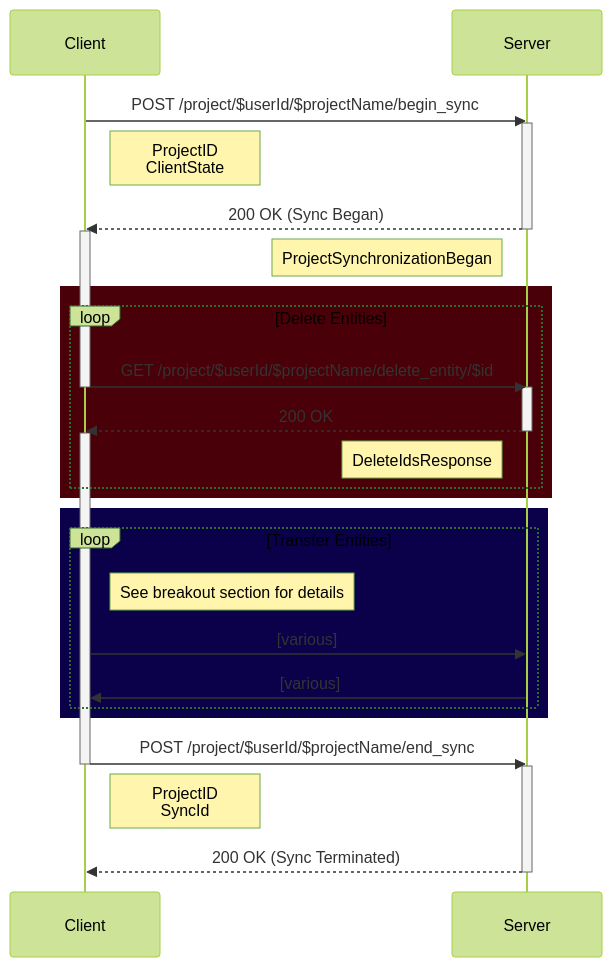
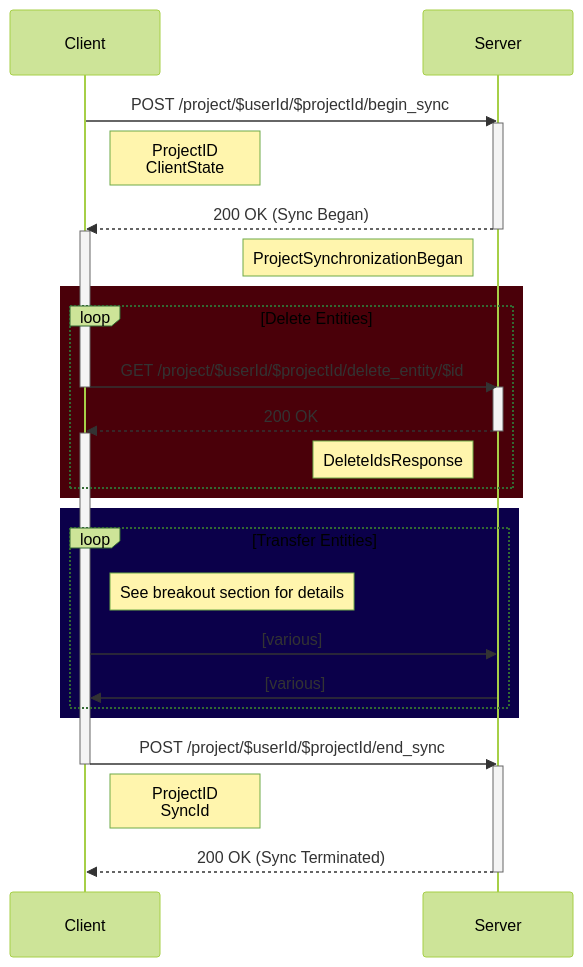
One commit to Darkrock-Studios/hammer-editor changed the third of 10 diagrams in docs/SYNCING-PROTOCOL.md. Above: the diagram before and after it, drawn with Mermaid (forest theme). The commit also changed other lines of this file and 33 other files, not shown here.

First line of the commit message:
Identify projects by projectId in sync API URLs

````diff
--- a/docs/SYNCING-PROTOCOL.md
+++ b/docs/SYNCING-PROTOCOL.md
@@ -213,43 +213,43 @@
 ```mermaid
 sequenceDiagram
     participant Client
     participant Server
 
-    Client->>Server: POST /project/$userId/$projectName/begin_sync
+    Client->>Server: POST /project/$userId/$projectId/begin_sync
 	activate Server
 	Note right of Client: ProjectID<br/>ClientState
 
 	Server -->> Client: 200 OK (Sync Began)
 	deactivate Server
 	activate Client
 	Note left of Server: ProjectSynchronizationBegan
 
     rect rgb(74, 0, 9)
         loop Delete Entities
-            Client->>Server: GET /project/$userId/$projectName/delete_entity/$id
+            Client->>Server: GET /project/$userId/$projectId/delete_entity/$id
             deactivate Client
             activate Server
             
             Server -->> Client: 200 OK
             deactivate Server
             activate Client
             Note left of Server: DeleteIdsResponse
         end
     end
 
     rect rgb(11, 0, 74)
         loop Transfer Entities
         Note right of Client: See breakout section for details
 			Client ->> Server: [various]
 			Server ->> Client: [various]
         end
     end
 
-    Client->>Server: POST /project/$userId/$projectName/end_sync
+    Client->>Server: POST /project/$userId/$projectId/end_sync
 	deactivate Client
 	activate Server
 	Note right of Client: ProjectID<br/>SyncId
 	Server -->> Client: 200 OK (Sync Terminated)
 	deactivate Server
 	activate Client
 ```
````
